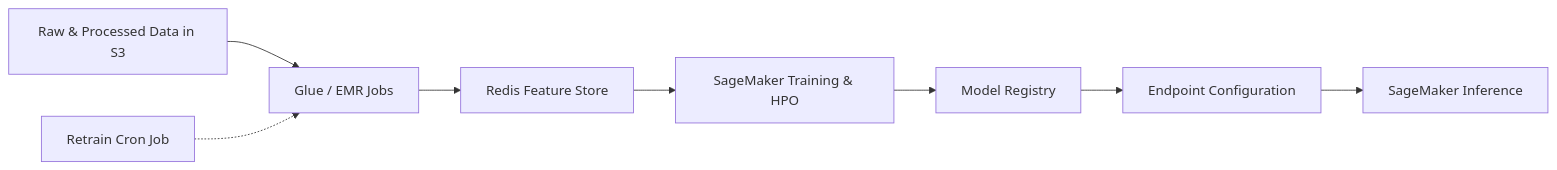
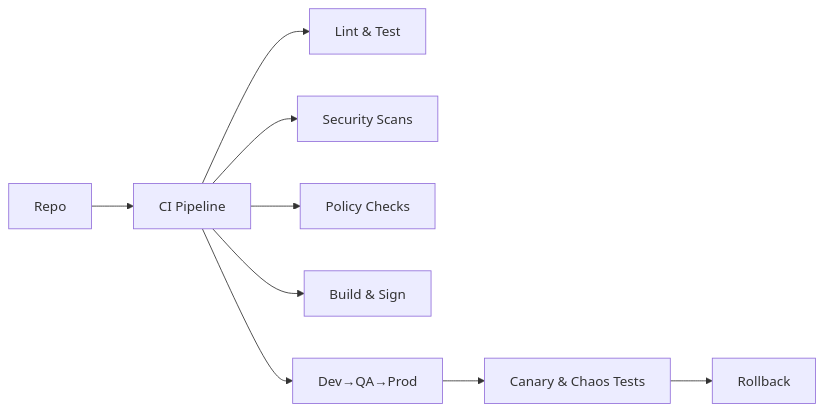
Before and after one commit to suprachakra/AeroFusionXR: the ninth of 14 diagrams in docs/Technical/01_Architecture.md, drawn with Mermaid. The commit also changed other lines of this file, not shown here.

````diff
--- a/docs/Technical/01_Architecture.md
+++ b/docs/Technical/01_Architecture.md
@@ -109,10 +234,11 @@
 ```mermaid
 flowchart LR
-  DataLake[Raw & Processed Data in S3] --> Preproc[Glue / EMR Jobs]
-  Preproc --> FeatureStore[Redis Feature Store]
-  FeatureStore --> Train[SageMaker Training & HPO]
-  Train --> ModelReg[Model Registry]
-  ModelReg --> Deploy[Endpoint Configuration]
-  Deploy --> MLInfer[SageMaker Inference]
-  Notify[Retrain Cron Job] -.-> Preproc
+  Repo --> CI[CI Pipeline]
+  CI --> LintTest[Lint & Test]
+  CI --> SecurityScans[Security Scans]
+  CI --> PolicyChecks[Policy Checks]
+  CI --> BuildSign[Build & Sign]
+  CI --> Deploy["Dev→QA→Prod"]
+  Deploy --> CanaryChaosTests["Canary & Chaos Tests"]
+  CanaryChaosTests --> Rollback[Rollback]
 ```
````
